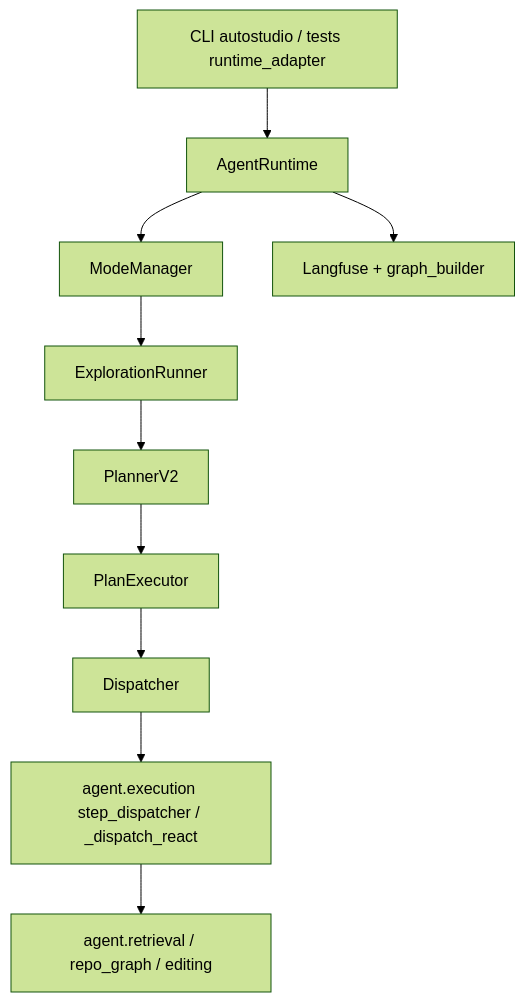
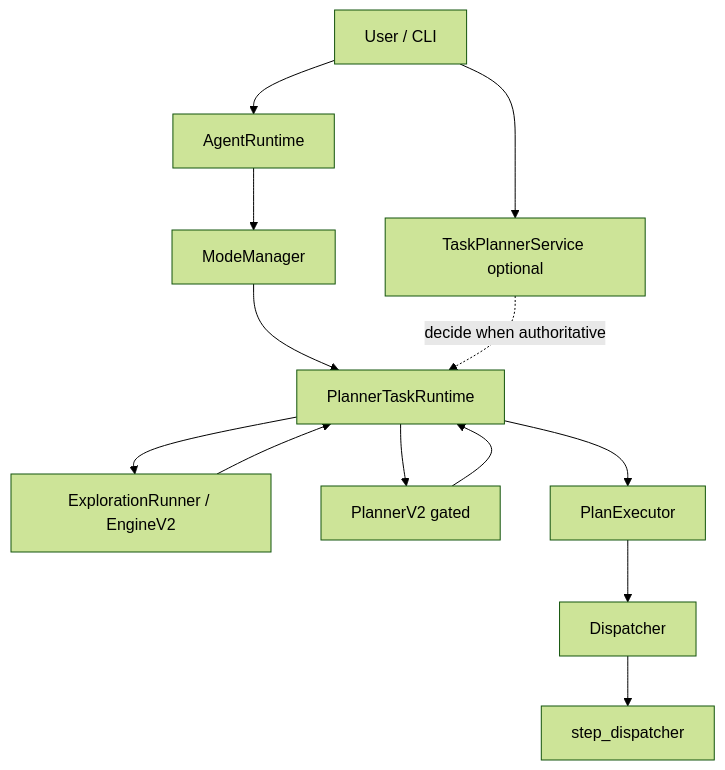
Before and after one commit to Pugsy-Explores/AutoStudio: the first of 3 diagrams in README.md, drawn with Mermaid (forest theme). The commit also changed other lines of this file and 7 other files, not shown here.

First line of the commit message:
docs: AgentV2 control plane, root README, architecture freeze notes

````diff
--- a/README.md
+++ b/README.md
@@ -243,12 +262,16 @@
 ```mermaid
-graph TD
-    CLI[CLI autostudio / tests runtime_adapter] --> RT[AgentRuntime]
-    RT --> MM[ModeManager]
-    MM --> ER[ExplorationRunner]
-    ER --> PV[PlannerV2]
-    PV --> PE[PlanExecutor]
-    PE --> DISP[Dispatcher]
-    DISP --> LEG[agent.execution step_dispatcher / _dispatch_react]
-    LEG --> RET[agent.retrieval / repo_graph / editing]
-    RT --> OBS[Langfuse + graph_builder]
+flowchart TD
+  User[User / CLI] --> TP[TaskPlannerService optional]
+  PTR[PlannerTaskRuntime]
+  User --> AR[AgentRuntime]
+  AR --> MM[ModeManager]
+  MM --> PTR
+  PTR --> ER[ExplorationRunner / EngineV2]
+  ER --> PTR
+  PTR --> PV2[PlannerV2 gated]
+  PV2 --> PTR
+  PTR --> PE[PlanExecutor]
+  PE --> DISP[Dispatcher]
+  DISP --> LEG[step_dispatcher]
+  TP -.->|decide when authoritative| PTR
 ```
````
